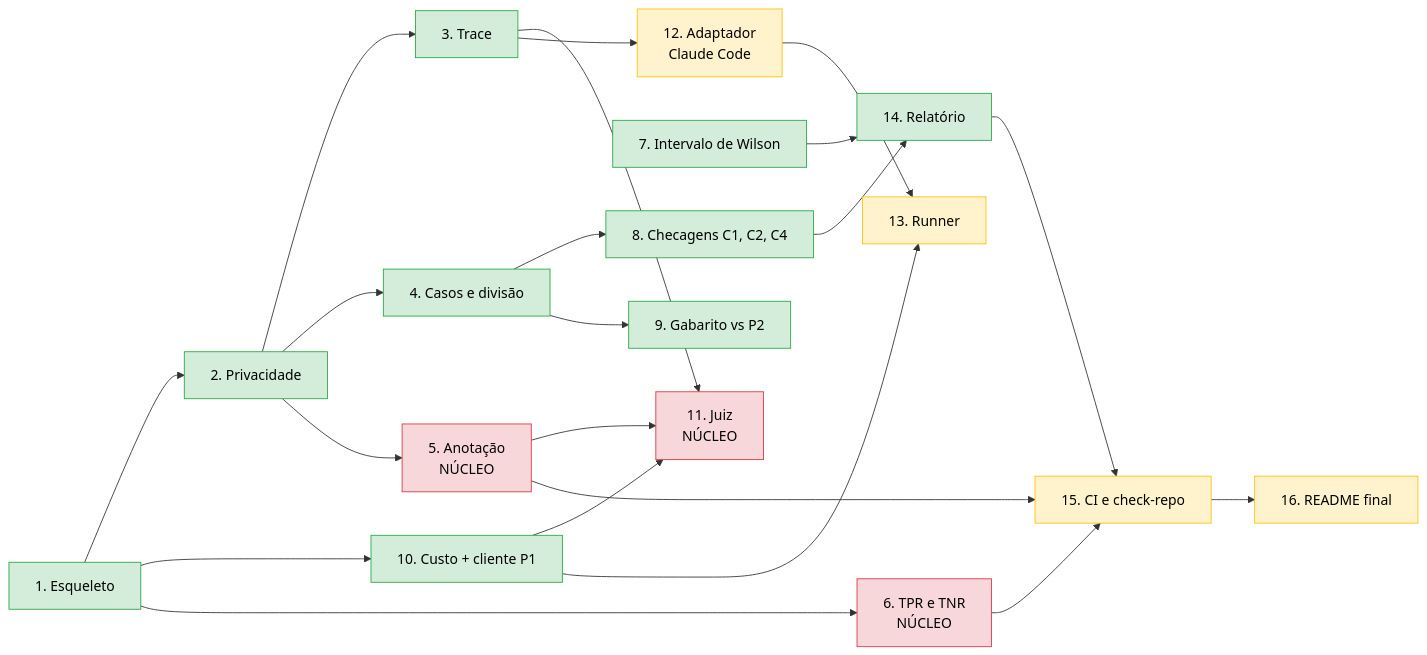
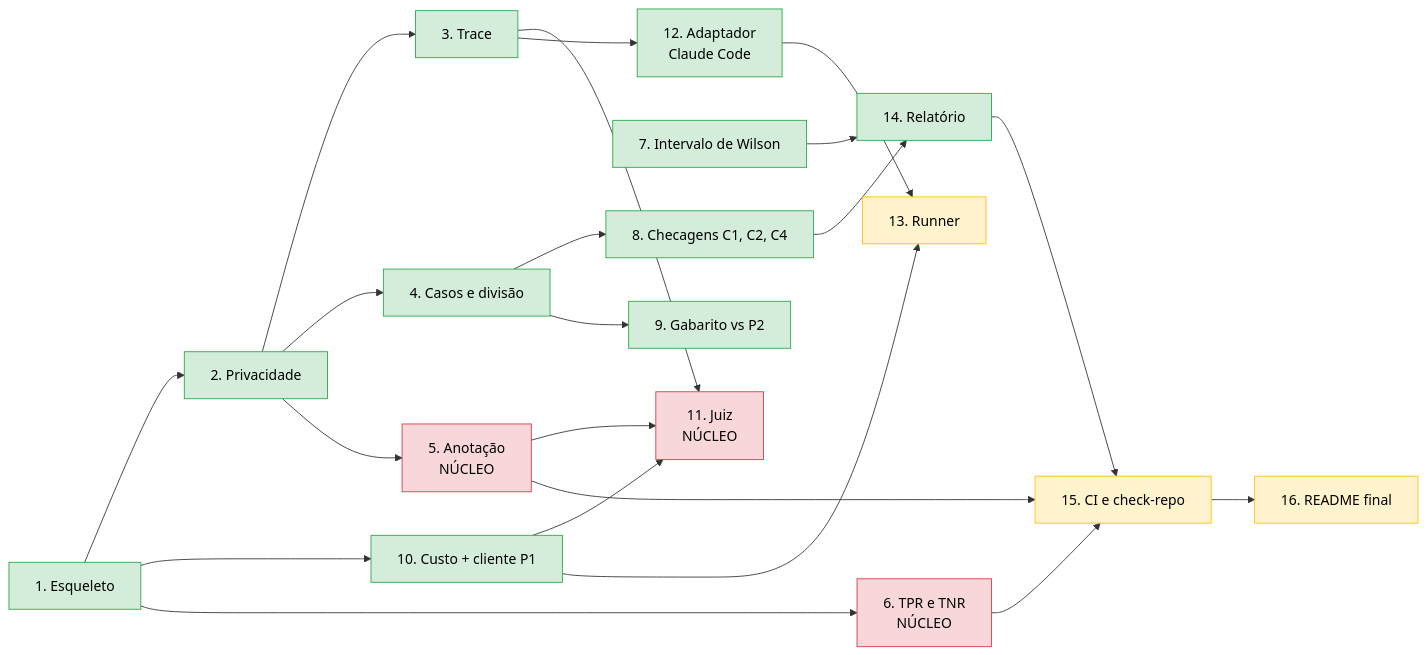
Before and after one commit to CristianonCarvalho/harness-p3-evals: the diagram in docs/diagramas/09-ordem-das-tarefas.md, drawn with Mermaid. The commit also changed other lines of this file and 2 other files, not shown here.

Commit message:
Docs: Tarefa 12 marcada como feita no README e nos diagramas 08 e 09

````diff
--- a/docs/diagramas/09-ordem-das-tarefas.md
+++ b/docs/diagramas/09-ordem-das-tarefas.md
@@ -5,34 +5,34 @@
 ```mermaid
 flowchart LR
     t1["1. Esqueleto"] --> t2["2. Privacidade"]
     t2 --> t3["3. Trace"]
     t2 --> t4["4. Casos e divisão"]
     t4 --> t8["8. Checagens C1, C2, C4"]
     t7["7. Intervalo de Wilson"] --> t14["14. Relatório"]
     t8 --> t14
     t4 --> t9["9. Gabarito vs P2"]
     t1 --> t10["10. Custo + cliente P1"]
 
     t2 --> t5["5. Anotação<br/>NÚCLEO"]
     t1 --> t6["6. TPR e TNR<br/>NÚCLEO"]
     t3 --> t11["11. Juiz<br/>NÚCLEO"]
     t10 --> t11
     t5 --> t11
 
     t3 --> t12["12. Adaptador<br/>Claude Code"]
     t12 --> t13["13. Runner"]
     t10 --> t13
 
     t5 --> t15["15. CI e check-repo"]
     t6 --> t15
     t14 --> t15
     t15 --> t16["16. README final"]
 
     classDef feito fill:#d4edda,stroke:#28a745,color:#000
     classDef falta fill:#fff3cd,stroke:#ffc107,color:#000
     classDef seu fill:#f8d7da,stroke:#dc3545,color:#000
 
-    class t1,t2,t3,t4,t7,t8,t9,t10,t14 feito
-    class t12,t13,t15,t16 falta
+    class t1,t2,t3,t4,t7,t8,t9,t10,t12,t14 feito
+    class t13,t15,t16 falta
     class t5,t6,t11 seu
 ```
````
